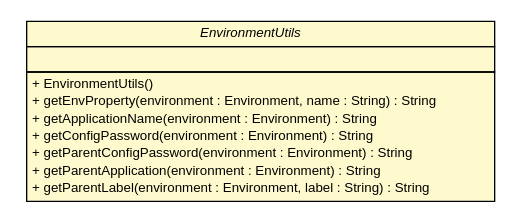
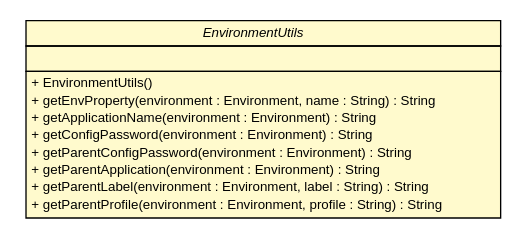
Before and after one commit to sfeng9d/spring-cloud-config: the diagram in release/build-docker/maven-build-java8/spring-cloud-config/spring-cloud-config-server/apidocs/cn/home1/cloud/config/server/util/EnvironmentUtils.dot, drawn with Graphviz. The commit also changed 169 other files, not shown here.

Commit message:
Creating site for spring-cloud-config-server-0.0.1-SNAPSHOT

```diff
--- a/release/build-docker/maven-build-java8/spring-cloud-config/spring-cloud-config-server/apidocs/cn/home1/cloud/config/server/util/EnvironmentUtils.dot
+++ b/release/build-docker/maven-build-java8/spring-cloud-config/spring-cloud-config-server/apidocs/cn/home1/cloud/config/server/util/EnvironmentUtils.dot
@@ -1,30 +1,31 @@
 #!/usr/local/bin/dot
 #
 # Class diagram 
 # Generated by UMLGraph version R5_6-24-gf6e263 (http://www.umlgraph.org/)
 #
 
 digraph G {
 	edge [fontname="Helvetica",fontsize=10,labelfontname="Helvetica",labelfontsize=10];
 	node [fontname="Helvetica",fontsize=10,shape=plaintext];
 	nodesep=0.25;
 	ranksep=0.5;
 	// cn.home1.cloud.config.server.util.EnvironmentUtils
-	c247 [label=<<table title="cn.home1.cloud.config.server.util.EnvironmentUtils" border="0" cellborder="1" cellspacing="0" cellpadding="2" port="p" bgcolor="lemonChiffon" href="./EnvironmentUtils.html">
+	c231 [label=<<table title="cn.home1.cloud.config.server.util.EnvironmentUtils" border="0" cellborder="1" cellspacing="0" cellpadding="2" port="p" bgcolor="lemonChiffon" href="./EnvironmentUtils.html">
 		<tr><td><table border="0" cellspacing="0" cellpadding="1">
 <tr><td align="center" balign="center"><font face="Helvetica-Oblique"> EnvironmentUtils </font></td></tr>
 		</table></td></tr>
 		<tr><td><table border="0" cellspacing="0" cellpadding="1">
 <tr><td align="left" balign="left">  </td></tr>
 		</table></td></tr>
 		<tr><td><table border="0" cellspacing="0" cellpadding="1">
 <tr><td align="left" balign="left"> + EnvironmentUtils() </td></tr>
 <tr><td align="left" balign="left"> + getEnvProperty(environment : Environment, name : String) : String </td></tr>
 <tr><td align="left" balign="left"> + getApplicationName(environment : Environment) : String </td></tr>
 <tr><td align="left" balign="left"> + getConfigPassword(environment : Environment) : String </td></tr>
 <tr><td align="left" balign="left"> + getParentConfigPassword(environment : Environment) : String </td></tr>
 <tr><td align="left" balign="left"> + getParentApplication(environment : Environment) : String </td></tr>
 <tr><td align="left" balign="left"> + getParentLabel(environment : Environment, label : String) : String </td></tr>
+<tr><td align="left" balign="left"> + getParentProfile(environment : Environment, profile : String) : String </td></tr>
 		</table></td></tr>
 		</table>>, URL="./EnvironmentUtils.html", fontname="Helvetica", fontcolor="black", fontsize=10.0];
 }
```
